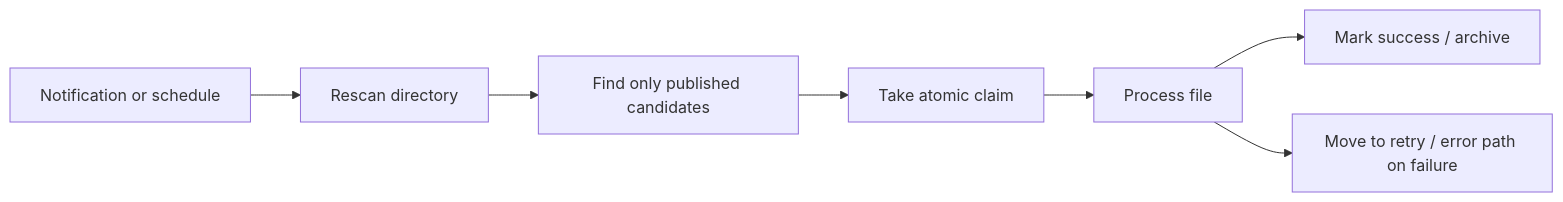
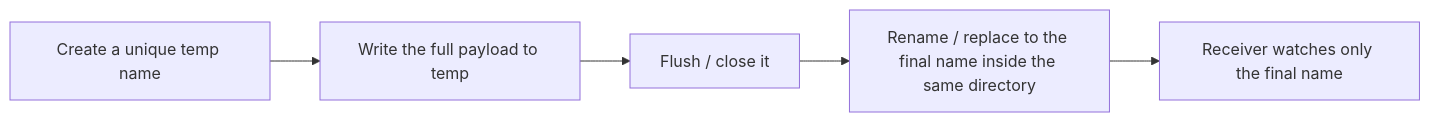
One commit to gomurin0428/KomuraSoftWeb changed the sixth of 10 diagrams in _posts/2026-03-07-001-file-integration-locking-best-practices-komurasoft-style-en.md. Above: the diagram before and after it, drawn with Mermaid. The commit also changed other lines of this file and 4 other files, not shown here.

````diff
--- a/_posts/2026-03-07-001-file-integration-locking-best-practices-komurasoft-style-en.md
+++ b/_posts/2026-03-07-001-file-integration-locking-best-practices-komurasoft-style-en.md
@@ -113,9 +210,7 @@
 ```mermaid
 flowchart LR
-    A["Notification or schedule"] --> B["Rescan directory"]
-    B --> C["Find only published candidates"]
-    C --> D["Take atomic claim"]
-    D --> E["Process file"]
-    E --> F["Mark success / archive"]
-    E --> G["Move to retry / error path on failure"]
+    A["Create a unique temp name"] --> B["Write the full payload to temp"]
+    B --> C["Flush / close it"]
+    C --> D["Rename / replace to the final name inside the same directory"]
+    D --> E["Receiver watches only the final name"]
 ```
````
